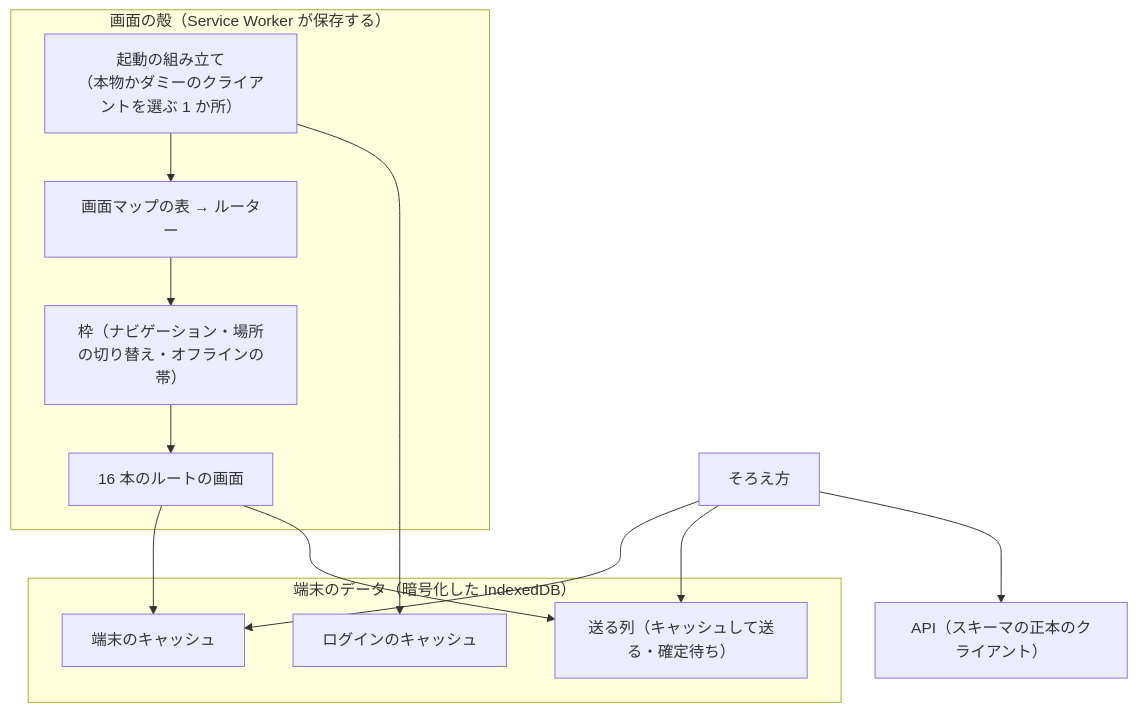
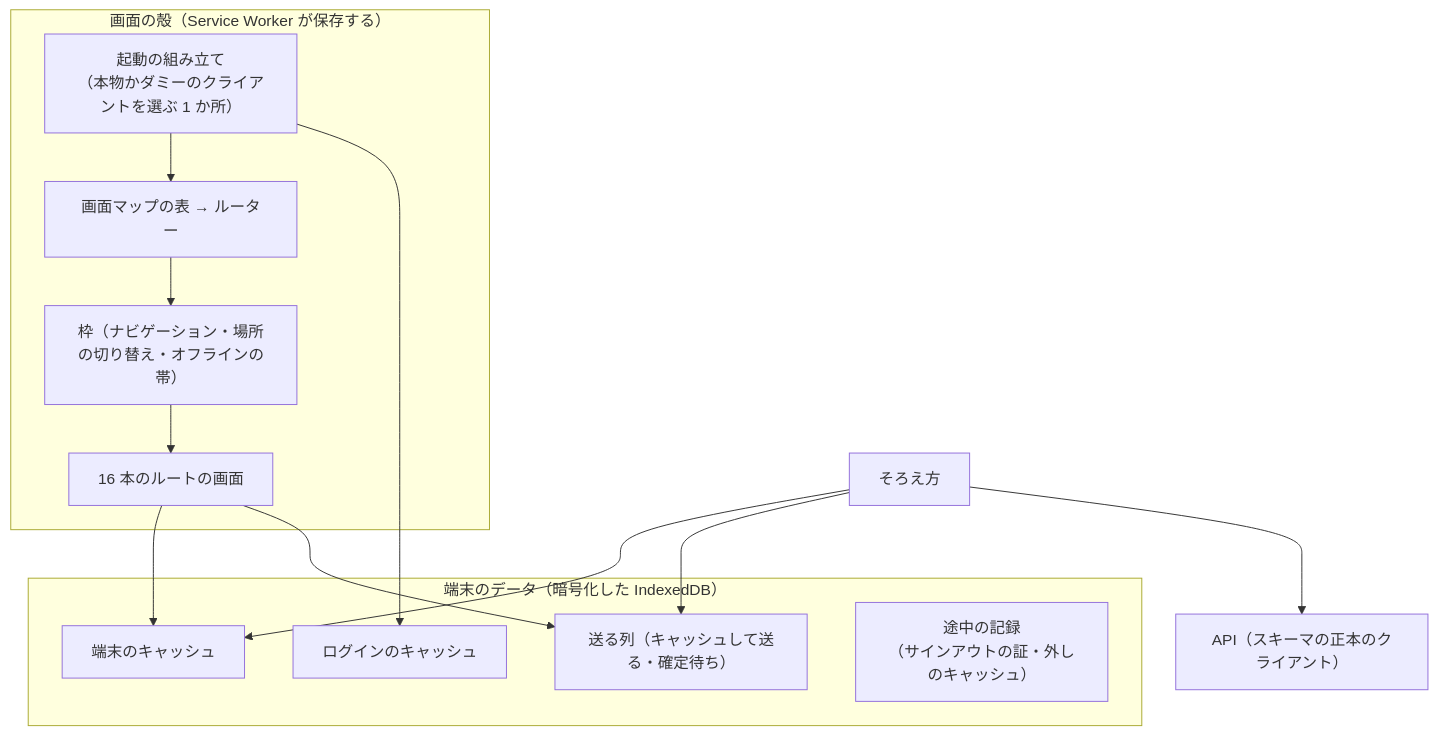
Before and after one commit to devbasex/nd-factory: the second of 5 diagrams in issues/issue-12-design.md, drawn with Mermaid. The commit also changed other lines of this file and 4 other files, not shown here.

````diff
--- a/issues/issue-12-design.md
+++ b/issues/issue-12-design.md
@@ -58,21 +62,22 @@
 ```mermaid
 graph TD
   subgraph shell["画面の殻（Service Worker が保存する）"]
     C["起動の組み立て<br/>（本物かダミーのクライアントを選ぶ 1 か所）"]
     RT["画面マップの表 → ルーター"]
     F["枠（ナビゲーション・場所の切り替え・オフラインの帯）"]
     S["16 本のルートの画面"]
     C --> RT --> F --> S
   end
   subgraph data["端末のデータ（暗号化した IndexedDB）"]
     K["端末のキャッシュ"]
     Q["送る列（キャッシュして送る・確定待ち）"]
     L["ログインのキャッシュ"]
+    PR["途中の記録<br/>（サインアウトの証・外しのキャッシュ）"]
   end
   S --> K
   S --> Q
   SY["そろえ方"] --> K
   SY --> Q
   C --> L
   SY --> API["API（スキーマの正本のクライアント）"]
 ```
````
